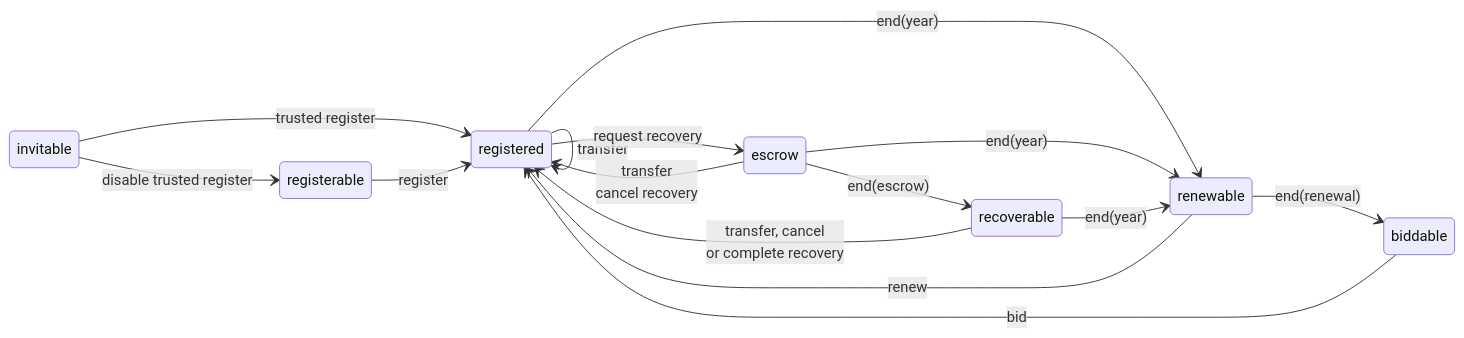
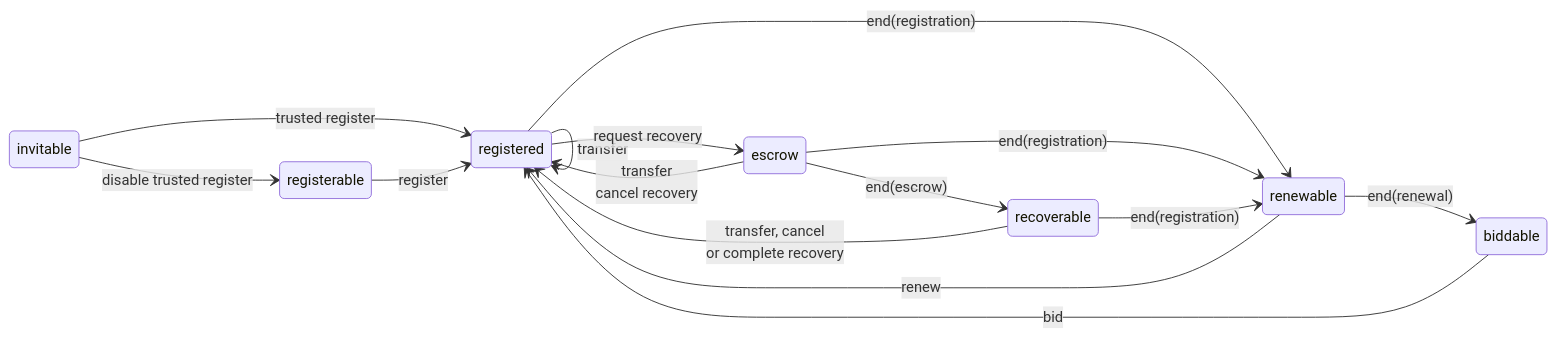
The second of 2 diagrams in docs/docs.md (farcasterxyz/contracts), drawn with Mermaid before and after one commit. The commit also changed other lines of this file, not shown here.

````diff
--- a/docs/docs.md
+++ b/docs/docs.md
@@ -84,18 +84,18 @@
 ```mermaid
     stateDiagram-v2
         direction LR
         invitable --> registerable: disable trusted register
         invitable --> registered: trusted register
         registerable --> registered: register
-        registered --> renewable: end(year)
+        registered --> renewable: end(registration)
         renewable --> biddable: end(renewal)
         biddable --> registered: bid
         registered --> registered: transfer
         registered --> escrow: request recovery
         escrow --> recoverable: end(escrow)
-        escrow --> renewable: end(year)
+        escrow --> renewable: end(registration)
         recoverable --> registered: transfer, cancel <br>  or complete recovery
-        recoverable --> renewable: end(year)
+        recoverable --> renewable: end(registration)
         renewable --> registered: renew
         escrow --> registered: transfer <br> cancel recovery
 ```
````
